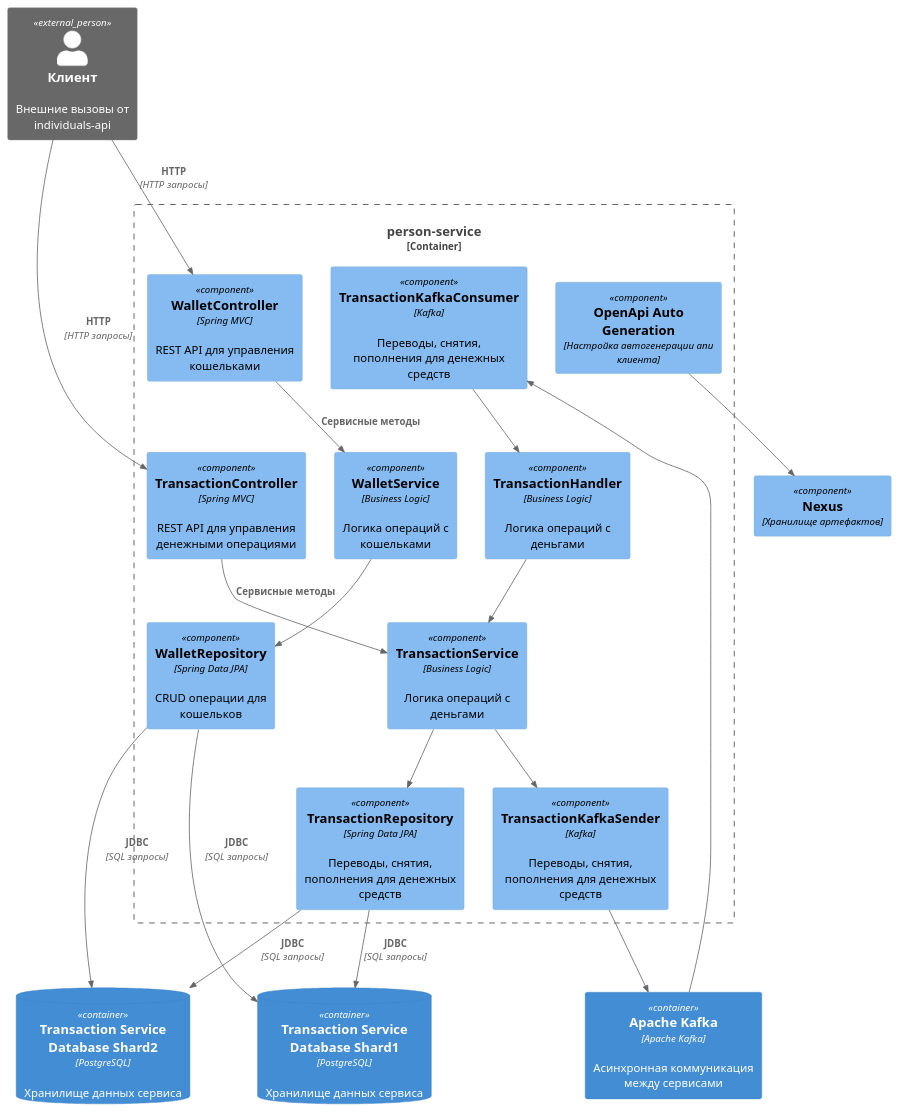
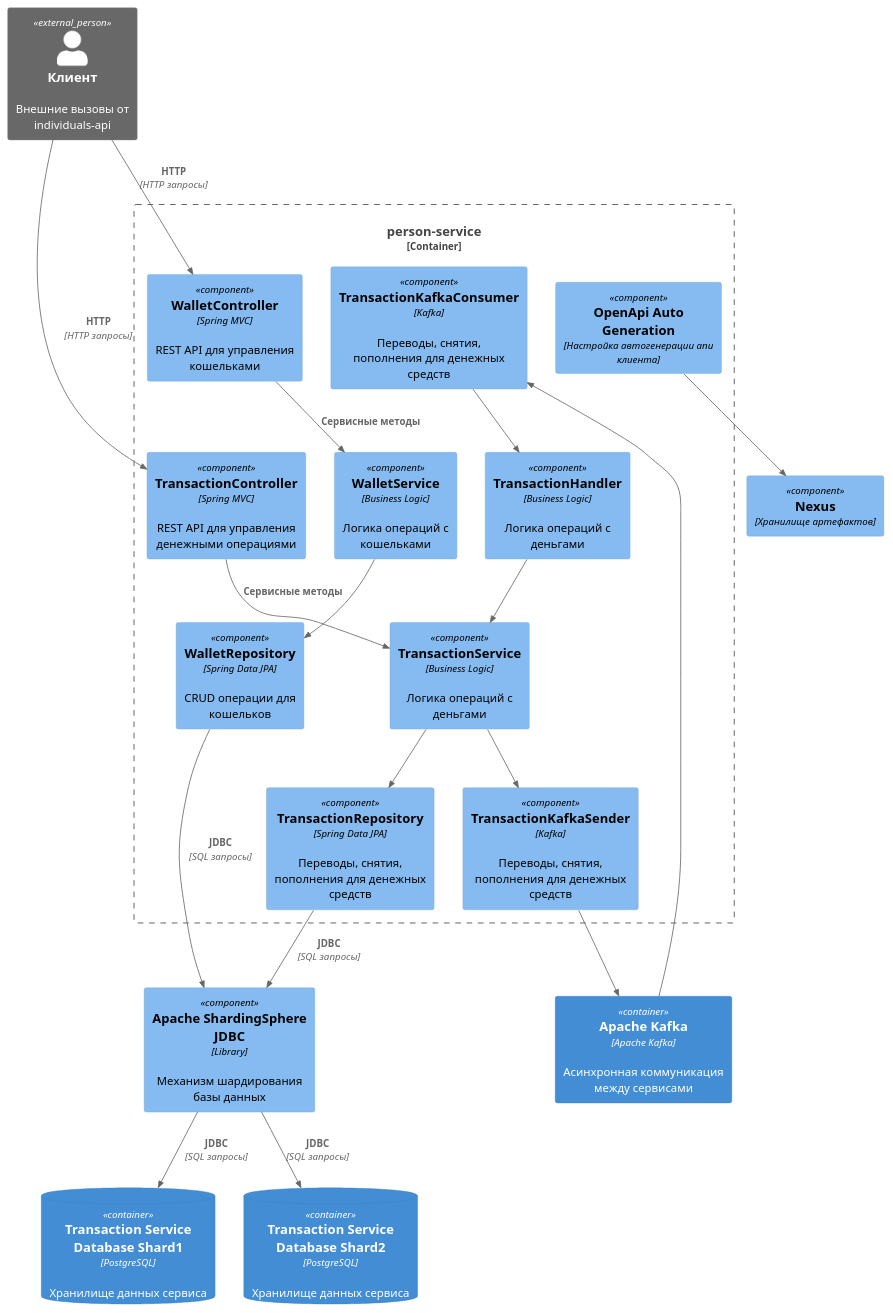
One commit to ubivza/payment-system changed the diagram in diagrams/module_3/component_diagram_m3.puml. Above: the diagram before and after it, drawn with PlantUML.

Commit message:
add sharding mechanism to component diagram

```diff
--- a/diagrams/module_3/component_diagram_m3.puml
+++ b/diagrams/module_3/component_diagram_m3.puml
@@ -1,42 +1,43 @@
 @startuml
 !include https://raw.githubusercontent.com/plantuml-stdlib/C4-PlantUML/master/C4_Component.puml
 
 
 Person_Ext(client, "Клиент", "Внешние вызовы от individuals-api")
 Component(nexus, "Nexus", "Хранилище артефактов")
 
 Container_Boundary(person_service, "person-service") {
 Component(transaction_controller, "TransactionController", "Spring MVC", "REST API для управления денежными операциями")
 Component(wallet_controller, "WalletController", "Spring MVC", "REST API для управления кошельками")
 Component(transaction_service, "TransactionService", "Business Logic", "Логика операций с деньгами")
 Component(transaction_handler, "TransactionHandler", "Business Logic", "Логика операций с деньгами")
 Component(wallet_service, "WalletService", "Business Logic", "Логика операций с кошельками")
 Component(wallet_repo, "WalletRepository", "Spring Data JPA", "CRUD операции для кошельков")
 Component(transaction_repo, "TransactionRepository", "Spring Data JPA", "Переводы, снятия, пополнения для денежных средств")
 Component(openapi_generator, "OpenApi Auto Generation", "Настройка автогенерации апи клиента")
 Component(kafka_sender, "TransactionKafkaSender", "Kafka", "Переводы, снятия, пополнения для денежных средств")
 Component(kafka_consumer, "TransactionKafkaConsumer", "Kafka", "Переводы, снятия, пополнения для денежных средств")
 }
 
 Container(kafka, "Apache Kafka", "Apache Kafka", "Асинхронная коммуникация между сервисами")
 ContainerDb(db_1, "Transaction Service Database Shard1", "PostgreSQL", "Хранилище данных сервиса")
 ContainerDb(db_2, "Transaction Service Database Shard2", "PostgreSQL", "Хранилище данных сервиса")
+Component(sharding, "Apache ShardingSphere JDBC", "Library", "Механизм шардирования базы данных")
 
 Rel(client, transaction_controller, "HTTP", "HTTP запросы")
 Rel(client, wallet_controller, "HTTP", "HTTP запросы")
 Rel(transaction_controller, transaction_service, "Сервисные методы",)
 Rel(wallet_controller, wallet_service, "Сервисные методы",)
 Rel(transaction_service, transaction_repo,)
 Rel(wallet_service, wallet_repo,)
-Rel(transaction_repo, db_1, "JDBC", "SQL запросы")
-Rel(transaction_repo, db_2, "JDBC", "SQL запросы")
-Rel(wallet_repo, db_1, "JDBC", "SQL запросы")
-Rel(wallet_repo, db_2, "JDBC", "SQL запросы")
+Rel(transaction_repo, sharding, "JDBC", "SQL запросы")
+Rel(wallet_repo, sharding, "JDBC", "SQL запросы")
+Rel(sharding, db_1, "JDBC", "SQL запросы")
+Rel(sharding, db_2, "JDBC", "SQL запросы")
 Rel(transaction_service, kafka_sender,)
 Rel(kafka_consumer, transaction_handler,)
 Rel(transaction_handler, transaction_service,)
 Rel(kafka_sender, kafka,)
 Rel(kafka, kafka_consumer,)
 Rel(openapi_generator, nexus, )
 
 @enduml
```
